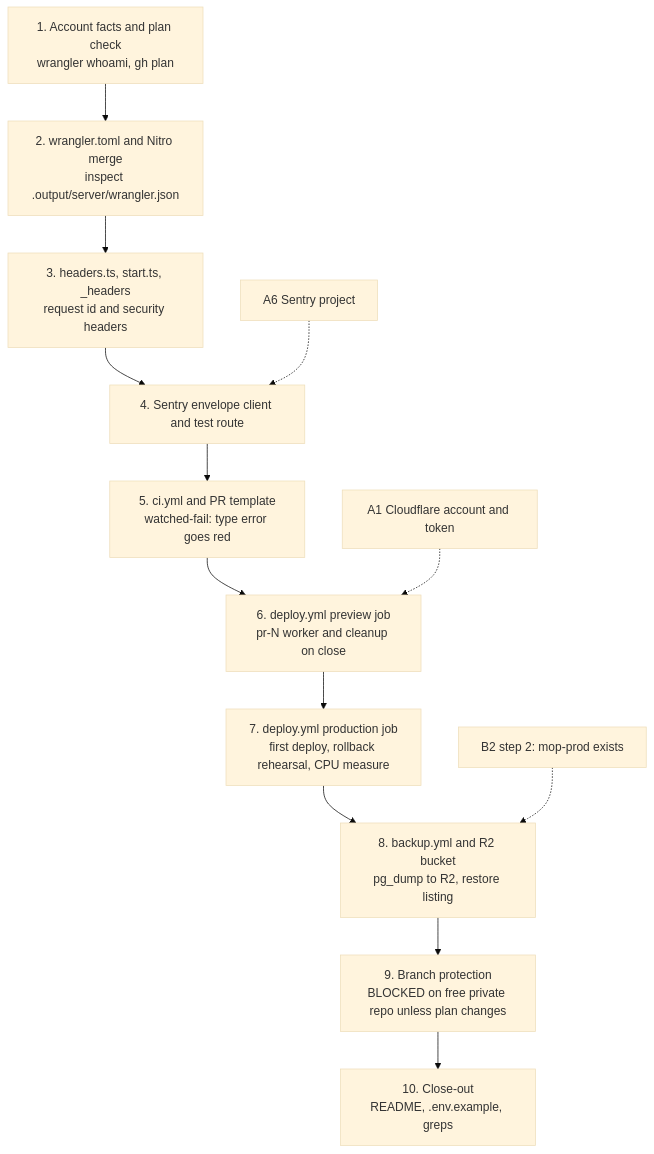
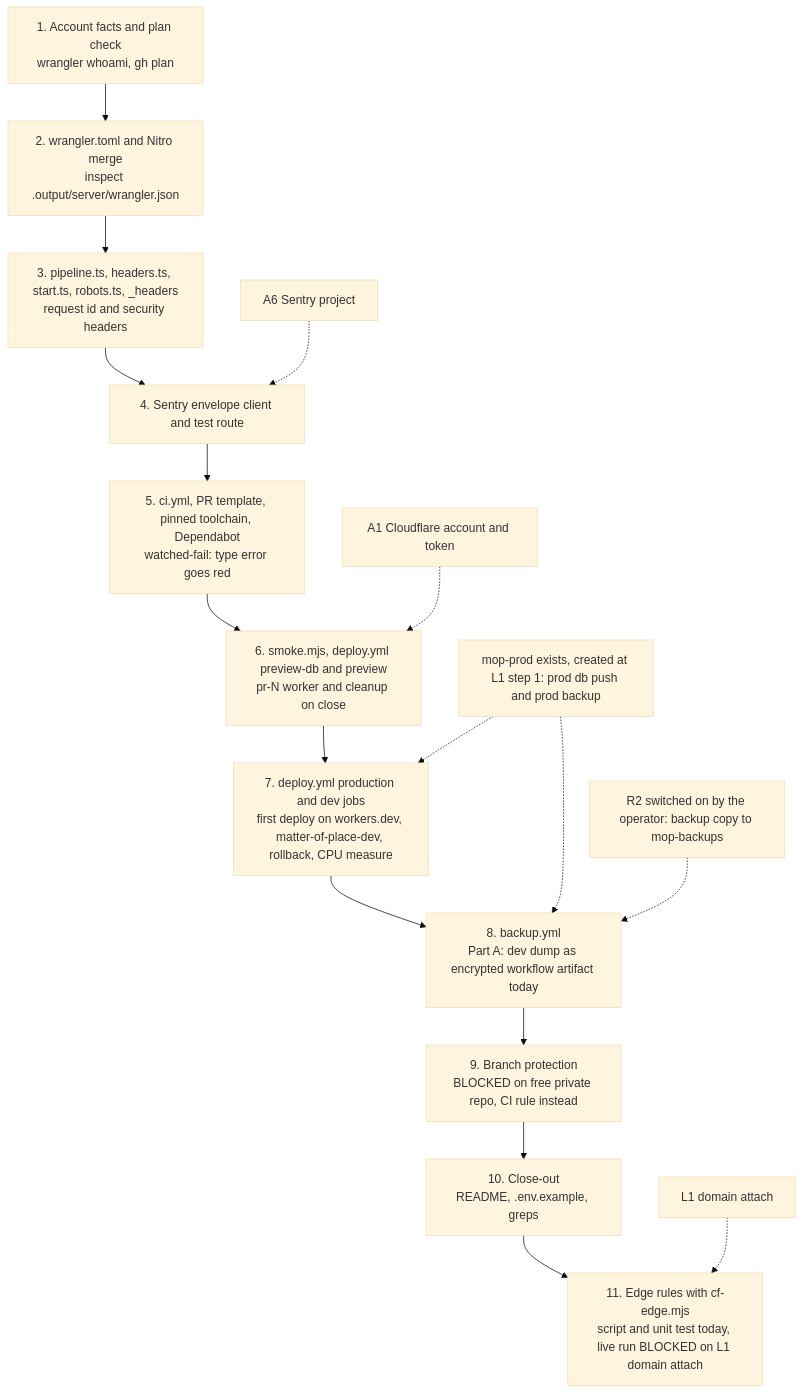
Before and after one commit to AbdulrahmanAmer/matter-of-place: the first of 6 diagrams in workspace/03-diagrams/plans-a.md, drawn with Mermaid (base theme). The commit also changed other lines of this file and 104 other files, not shown here.

First line of the commit message:
Traceability audit rounds 5 and 6; diagrams brought in line with the plans; rulings G58 to G65

````diff
--- a/workspace/03-diagrams/plans-a.md
+++ b/workspace/03-diagrams/plans-a.md
@@ -8,17 +8,20 @@
 ```mermaid
 flowchart TD
   s1["1. Account facts and plan check<br/>wrangler whoami, gh plan"]
   s2["2. wrangler.toml and Nitro merge<br/>inspect .output/server/wrangler.json"]
-  s3["3. headers.ts, start.ts, _headers<br/>request id and security headers"]
+  s3["3. pipeline.ts, headers.ts, start.ts, robots.ts, _headers<br/>request id and security headers"]
   s4["4. Sentry envelope client and test route"]
-  s5["5. ci.yml and PR template<br/>watched-fail: type error goes red"]
-  s6["6. deploy.yml preview job<br/>pr-N worker and cleanup on close"]
-  s7["7. deploy.yml production job<br/>first deploy, rollback rehearsal, CPU measure"]
-  s8["8. backup.yml and R2 bucket<br/>pg_dump to R2, restore listing"]
-  s9["9. Branch protection<br/>BLOCKED on free private repo unless plan changes"]
+  s5["5. ci.yml, PR template, pinned toolchain, Dependabot<br/>watched-fail: type error goes red"]
+  s6["6. smoke.mjs, deploy.yml preview-db and preview<br/>pr-N worker and cleanup on close"]
+  s7["7. deploy.yml production and dev jobs<br/>first deploy on workers.dev, matter-of-place-dev, rollback, CPU measure"]
+  s8["8. backup.yml<br/>Part A: dev dump as encrypted workflow artifact today"]
+  s9["9. Branch protection<br/>BLOCKED on free private repo, CI rule instead"]
   s10["10. Close-out<br/>README, .env.example, greps"]
-  s1 --> s2 --> s3 --> s4 --> s5 --> s6 --> s7 --> s8 --> s9 --> s10
+  s11["11. Edge rules with cf-edge.mjs<br/>script and unit test today, live run BLOCKED on L1 domain attach"]
+  s1 --> s2 --> s3 --> s4 --> s5 --> s6 --> s7 --> s8 --> s9 --> s10 --> s11
   a6["A6 Sentry project"] -.-> s4
-  b2p["B2 step 2: mop-prod exists"] -.-> s8
+  b2p["mop-prod exists, created at L1 step 1: prod db push and prod backup"] -.-> s7 & s8
+  r2s["R2 switched on by the operator: backup copy to mop-backups"] -.-> s8
   a1["A1 Cloudflare account and token"] -.-> s6
+  l1d["L1 domain attach"] -.-> s11
 ```
````
